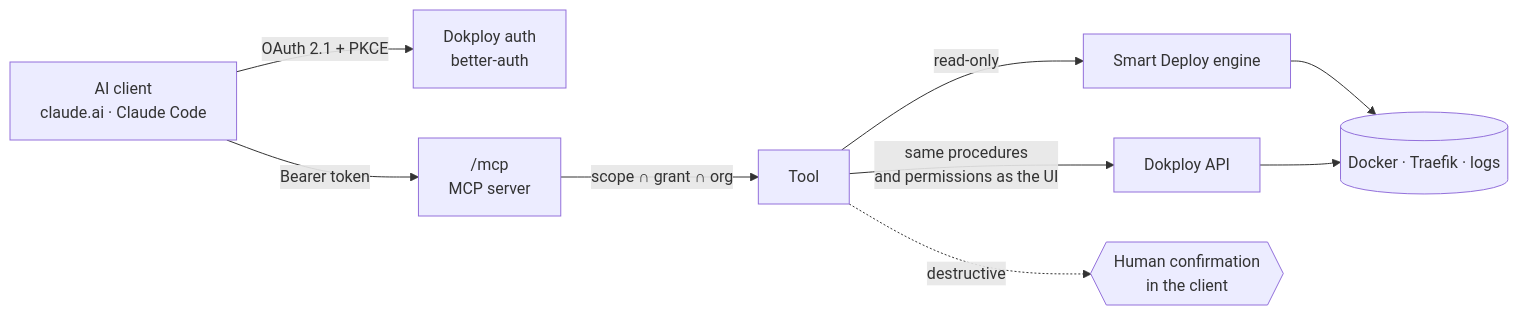
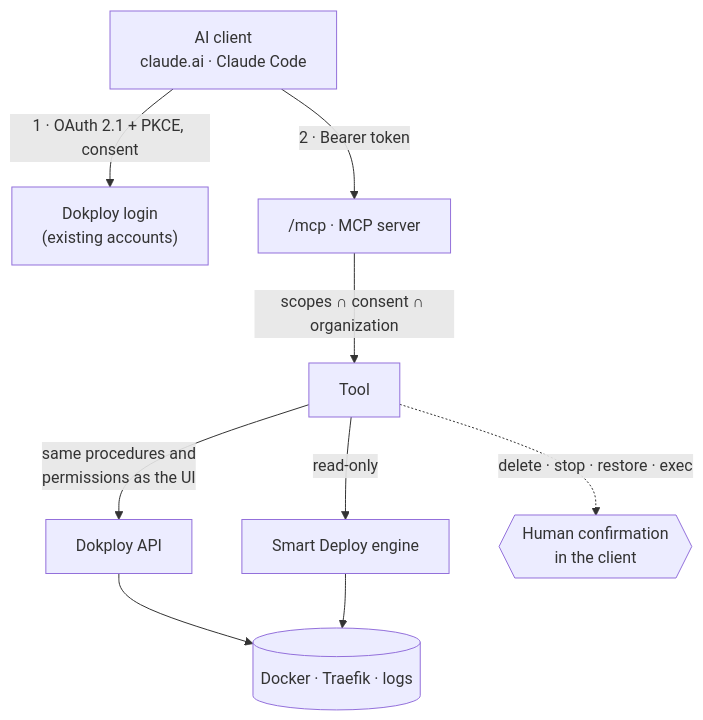
Before and after one commit to im-sacha-cohen/dokploy: the diagram in README.md, drawn with Mermaid.

Commit message:
docs: vertical README diagram, readable on GitHub

````diff
--- a/README.md
+++ b/README.md
@@ -155,11 +155,11 @@
 ```mermaid
-flowchart LR
-    A[AI client<br/>claude.ai · Claude Code] -- OAuth 2.1 + PKCE --> B[Dokploy auth<br/>better-auth]
-    A -- Bearer token --> C["/mcp<br/>MCP server"]
-    C -- scope ∩ grant ∩ org --> D[Tool]
-    D -- same procedures<br/>and permissions as the UI --> E[Dokploy API]
-    D -- read-only --> F[Smart Deploy engine]
-    F --> G[(Docker · Traefik · logs)]
-    E --> G
-    D -. destructive .-> H{{Human confirmation<br/>in the client}}
+flowchart TB
+    A["AI client<br/>claude.ai · Claude Code"] -->|"1 · OAuth 2.1 + PKCE, consent"| B["Dokploy login<br/>(existing accounts)"]
+    A -->|"2 · Bearer token"| C["/mcp · MCP server"]
+    C -->|"scopes ∩ consent ∩ organization"| D["Tool"]
+    D -->|"same procedures and<br/>permissions as the UI"| E["Dokploy API"]
+    D -->|"read-only"| F["Smart Deploy engine"]
+    D -.->|"delete · stop · restore · exec"| H{{"Human confirmation<br/>in the client"}}
+    E --> G[("Docker · Traefik · logs")]
+    F --> G
 ```
````
